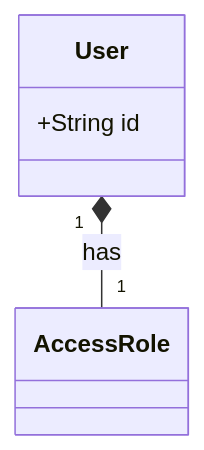
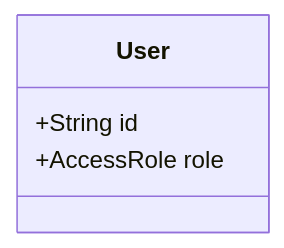
The second of 11 diagrams in README.md (z669016/mybooks), drawn with Mermaid before and after one commit. The commit also changed other lines of this file and 2 other files, not shown here.

````diff
--- a/README.md
+++ b/README.md
@@ -397,8 +405,7 @@
 ```mermaid
 classDiagram
     class User {
-        +String id     
+        +String id    
+        +AccessRole role
     }
-    
-    User "1" *-- "1" AccessRole: has
 ```
````
